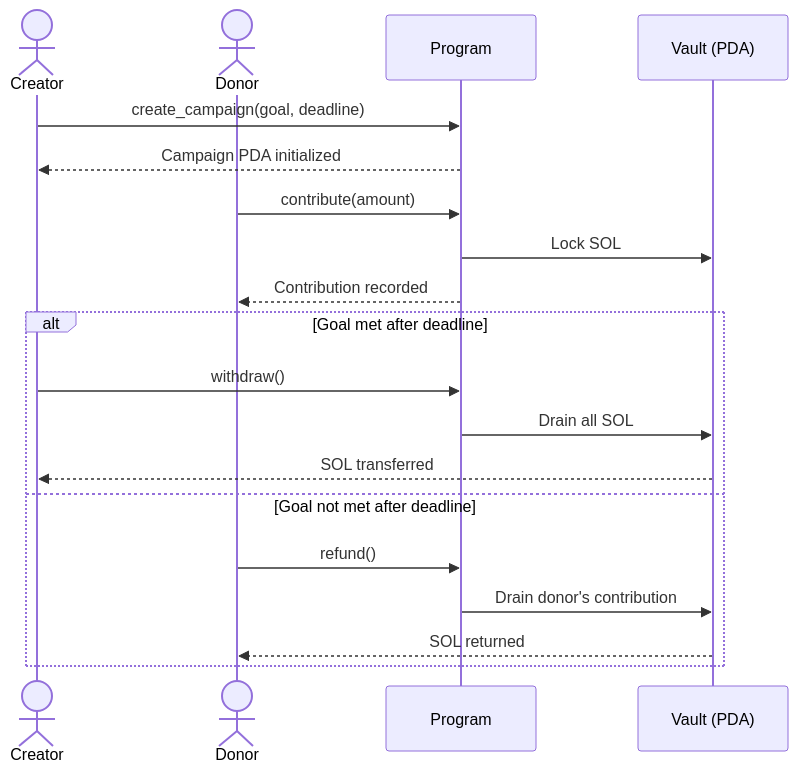
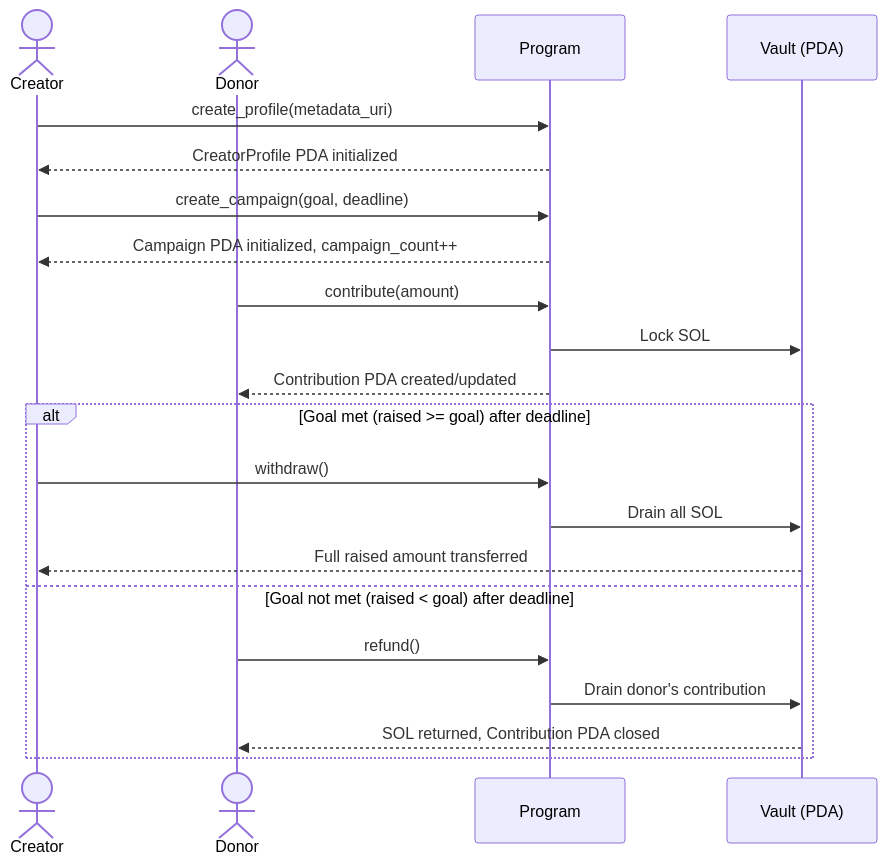
One commit to indralukmana/solana-anchor-crowdfunding changed the first of 3 diagrams in README.md. Above: the diagram before and after it, drawn with Mermaid. The commit also changed other lines of this file, not shown here.

Commit message:
docs: update README with detailed campaign lifecycle and contribution instructions

````diff
--- a/README.md
+++ b/README.md
@@ -7,24 +9,27 @@
 ```mermaid
 sequenceDiagram
     actor Creator
     actor Donor
     participant Program
     participant Vault (PDA)
 
+    Creator->>Program: create_profile(metadata_uri)
+    Program-->>Creator: CreatorProfile PDA initialized
+
     Creator->>Program: create_campaign(goal, deadline)
-    Program-->>Creator: Campaign PDA initialized
+    Program-->>Creator: Campaign PDA initialized, campaign_count++
 
     Donor->>Program: contribute(amount)
     Program->>Vault (PDA): Lock SOL
-    Program-->>Donor: Contribution recorded
+    Program-->>Donor: Contribution PDA created/updated
 
-    alt Goal met after deadline
+    alt Goal met (raised >= goal) after deadline
         Creator->>Program: withdraw()
         Program->>Vault (PDA): Drain all SOL
-        Vault (PDA)-->>Creator: SOL transferred
-    else Goal not met after deadline
+        Vault (PDA)-->>Creator: Full raised amount transferred
+    else Goal not met (raised < goal) after deadline
         Donor->>Program: refund()
         Program->>Vault (PDA): Drain donor's contribution
-        Vault (PDA)-->>Donor: SOL returned
+        Vault (PDA)-->>Donor: SOL returned, Contribution PDA closed
     end
 ```
````
